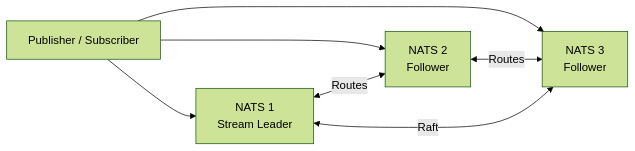
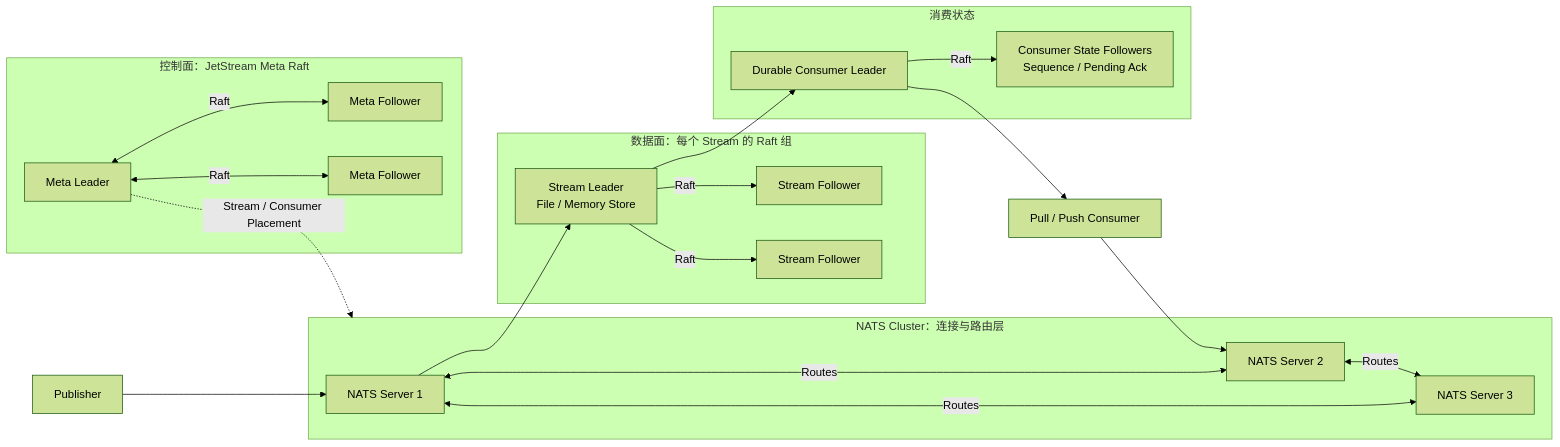
The diagram in posts/microservices/queue/006_nats_jetstream.md (hotttao/backup), drawn with Mermaid (forest theme) before and after one commit. The commit also changed other lines of this file and 10 other files, not shown here.

````diff
--- a/posts/microservices/queue/006_nats_jetstream.md
+++ b/posts/microservices/queue/006_nats_jetstream.md
@@ -27,9 +27,40 @@
 ```mermaid
 flowchart LR
-    PC[Publisher / Subscriber] --> N1[NATS 1\nStream Leader]
-    PC --> N2[NATS 2\nFollower]
-    PC --> N3[NATS 3\nFollower]
-    N1 <-->|Routes| N2
-    N2 <-->|Routes| N3
-    N1 <-->|Raft| N3
+    P[Publisher] --> N1
+    C[Pull / Push Consumer] --> N2
+
+    subgraph N[NATS Cluster：连接与路由层]
+        N1[NATS Server 1]
+        N2[NATS Server 2]
+        N3[NATS Server 3]
+        N1 <-->|Routes| N2
+        N2 <-->|Routes| N3
+        N1 <-->|Routes| N3
+    end
+
+    subgraph M[控制面：JetStream Meta Raft]
+        M1[Meta Leader]
+        M2[Meta Follower]
+        M3[Meta Follower]
+        M1 <-->|Raft| M2
+        M1 <-->|Raft| M3
+    end
+
+    subgraph S[数据面：每个 Stream 的 Raft 组]
+        SL[Stream Leader\nFile / Memory Store]
+        SF1[Stream Follower]
+        SF2[Stream Follower]
+        SL -->|Raft| SF1
+        SL -->|Raft| SF2
+    end
+
+    subgraph U[消费状态]
+        CL[Durable Consumer Leader]
+        CF[Consumer State Followers\nSequence / Pending Ack]
+        CL -->|Raft| CF
+    end
+
+    N1 --> SL
+    SL --> CL --> C
+    M1 -. Stream / Consumer Placement .-> N
 ```
````
